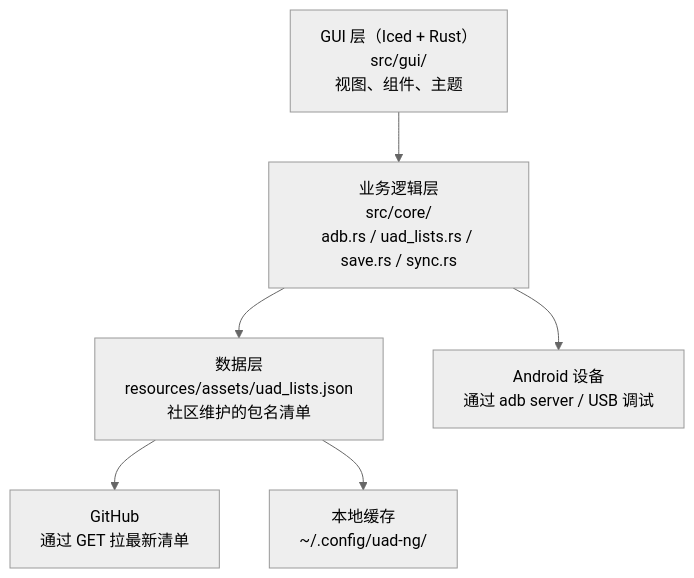
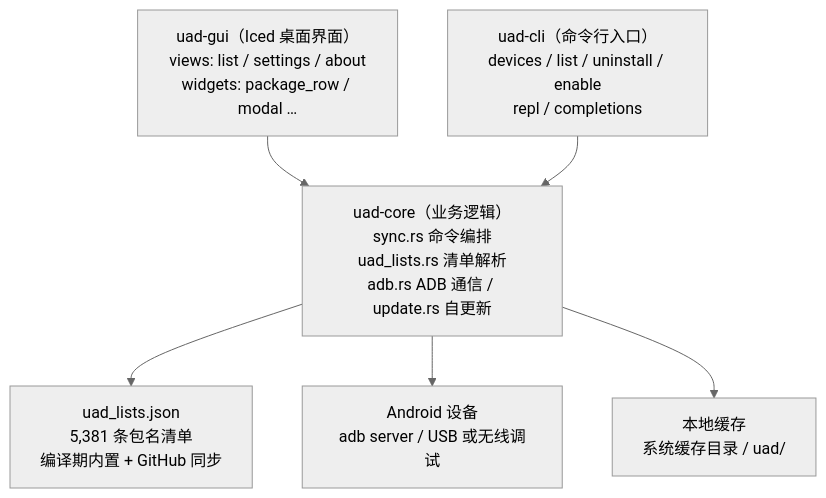
Before and after one commit to A1pha3/text-matrix: the diagram in content/posts/tech/universal-android-debloater-next-generation.md, drawn with Mermaid (neutral theme). The commit also changed other lines of this file and 331 other files, not shown here.

````diff
--- a/content/posts/tech/universal-android-debloater-next-generation.md
+++ b/content/posts/tech/universal-android-debloater-next-generation.md
@@ -90,8 +72,8 @@
 ```mermaid
 flowchart TB
-  A["GUI 层（Iced + Rust）<br/>src/gui/<br/>视图、组件、主题"] --> B["业务逻辑层<br/>src/core/<br/>adb.rs / uad_lists.rs / save.rs / sync.rs"]
-  B --> C["数据层<br/>resources/assets/uad_lists.json<br/>社区维护的包名清单"]
-  B --> D["Android 设备<br/>通过 adb server / USB 调试"]
-  C --> E["GitHub<br/>通过 GET 拉最新清单"]
-  C --> F["本地缓存<br/>~/.config/uad-ng/"]
+  A["uad-gui（Iced 桌面界面）<br/>views: list / settings / about<br/>widgets: package_row / modal …"] --> B["uad-core（业务逻辑）<br/>sync.rs 命令编排<br/>uad_lists.rs 清单解析<br/>adb.rs ADB 通信 / update.rs 自更新"]
+  C["uad-cli（命令行入口）<br/>devices / list / uninstall / enable<br/>repl / completions"] --> B
+  B --> D["uad_lists.json<br/>5,381 条包名清单<br/>编译期内置 + GitHub 同步"]
+  B --> E["Android 设备<br/>adb server / USB 或无线调试"]
+  B --> F["本地缓存<br/>系统缓存目录 / uad/"]
 ```
````
